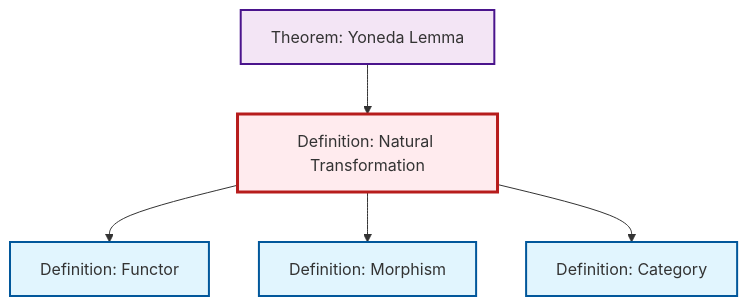
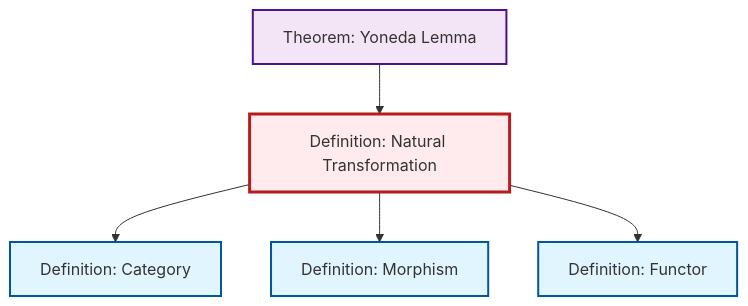
The diagram in content/en/category-theory/def-natural-transformation.qmd (RK0429/ModernMath), drawn with Mermaid before and after one commit. The commit also changed other lines of this file and 597 other files, not shown here.

````diff
--- a/content/en/category-theory/def-natural-transformation.qmd
+++ b/content/en/category-theory/def-natural-transformation.qmd
@@ -59,23 +59,23 @@
 ```{mermaid}
 %%| fig-cap: "Local dependency graph"
 graph TD
     classDef definition fill:#e1f5fe,stroke:#01579b,stroke-width:2px
     classDef theorem fill:#f3e5f5,stroke:#4a148c,stroke-width:2px
     classDef axiom fill:#fff3e0,stroke:#e65100,stroke-width:2px
     classDef example fill:#e8f5e9,stroke:#1b5e20,stroke-width:2px
     classDef current fill:#ffebee,stroke:#b71c1c,stroke-width:3px
+    def-natural-transformation["Definition: Natural Transformation"]:::definition
+    def-category["Definition: Category"]:::definition
     thm-yoneda["Theorem: Yoneda Lemma"]:::theorem
     def-morphism["Definition: Morphism"]:::definition
-    def-category["Definition: Category"]:::definition
-    def-natural-transformation["Definition: Natural Transformation"]:::definition
     def-functor["Definition: Functor"]:::definition
-    def-natural-transformation --> def-functor
+    def-natural-transformation --> def-category
     thm-yoneda --> def-natural-transformation
     def-natural-transformation --> def-morphism
-    def-natural-transformation --> def-category
+    def-natural-transformation --> def-functor
     class def-natural-transformation current
+    click def-category "def-category.html" "Go to Category definition"
     click thm-yoneda "thm-yoneda.html" "Go to Yoneda Lemma theorem"
     click def-morphism "def-morphism.html" "Go to Morphism definition"
-    click def-category "def-category.html" "Go to Category definition"
     click def-functor "def-functor.html" "Go to Functor definition"
 ```
````
